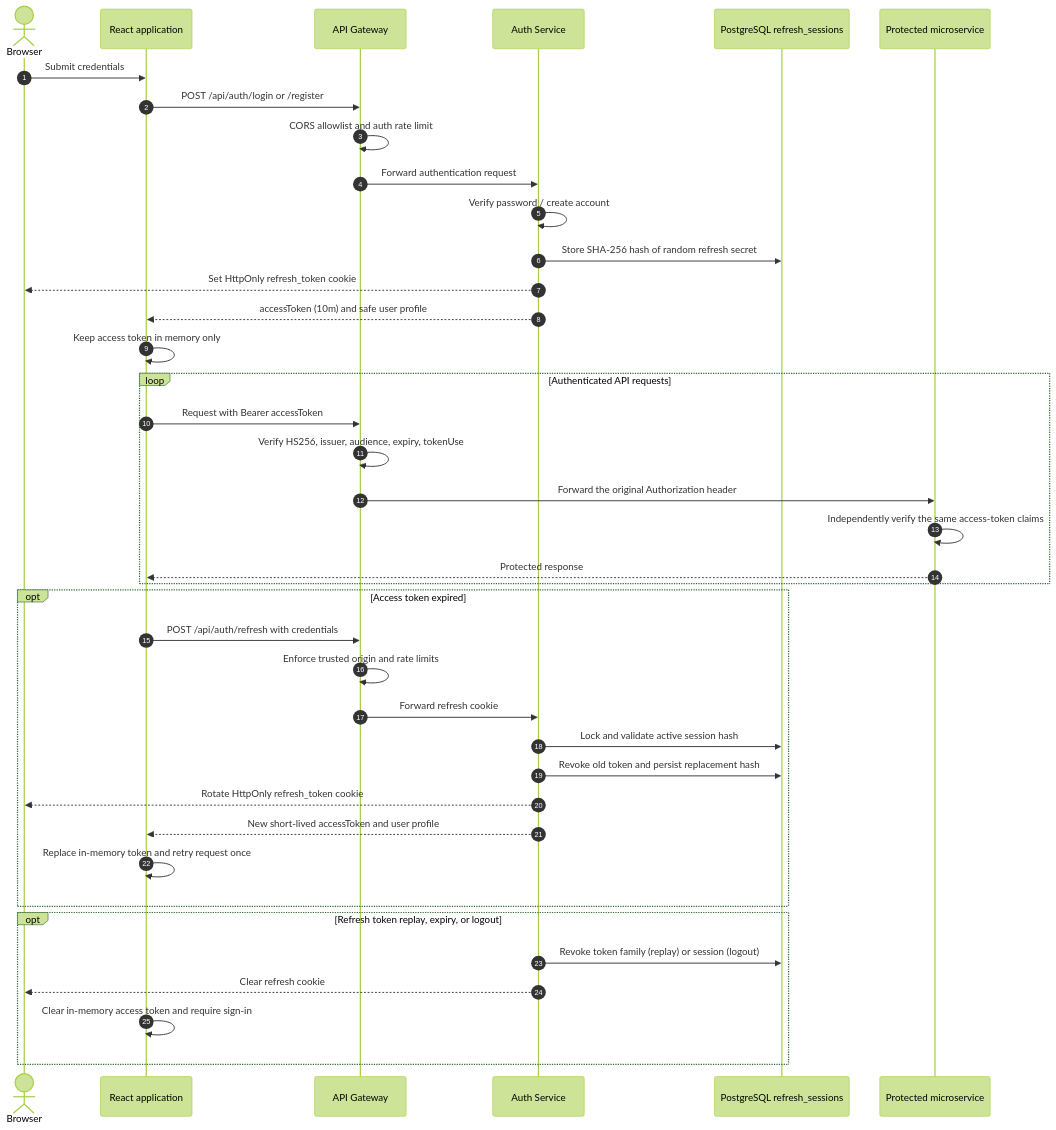
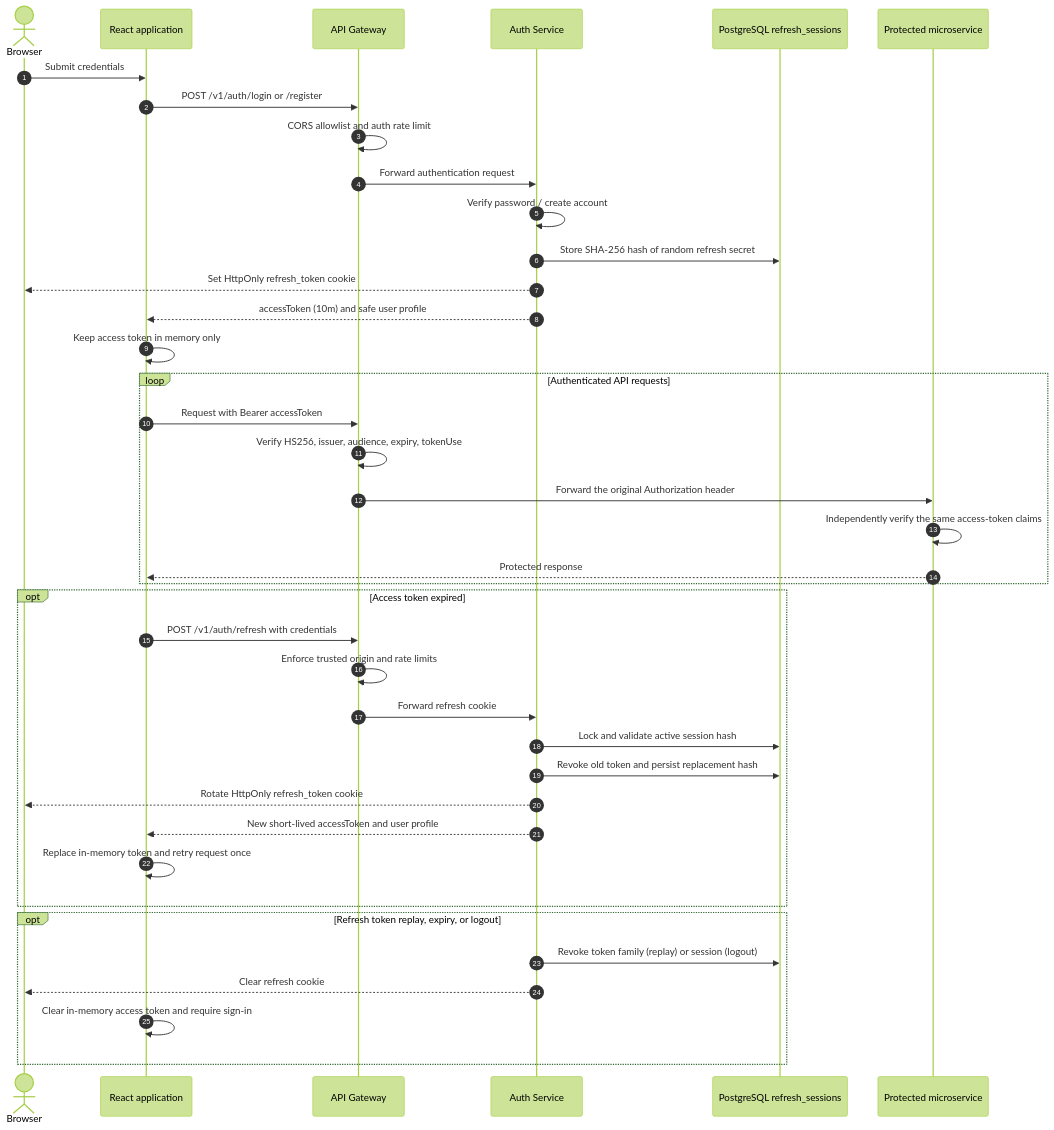
One commit to malayofficialcse-dev/coding_platform changed the diagram in microservice backend/AUTH_TOKEN_FLOW.md. Above: the diagram before and after it, drawn with Mermaid (forest theme). The commit also changed other lines of this file and 20 other files, not shown here.

````diff
--- a/microservice backend/AUTH_TOKEN_FLOW.md
+++ b/microservice backend/AUTH_TOKEN_FLOW.md
@@ -3,45 +3,45 @@
 ```mermaid
 sequenceDiagram
     autonumber
     actor Browser
     participant UI as React application
     participant GW as API Gateway
     participant Auth as Auth Service
     participant DB as PostgreSQL refresh_sessions
     participant API as Protected microservice
 
     Browser->>UI: Submit credentials
-    UI->>GW: POST /api/auth/login or /register
+    UI->>GW: POST /v1/auth/login or /register
     GW->>GW: CORS allowlist and auth rate limit
     GW->>Auth: Forward authentication request
     Auth->>Auth: Verify password / create account
     Auth->>DB: Store SHA-256 hash of random refresh secret
     Auth-->>Browser: Set HttpOnly refresh_token cookie
     Auth-->>UI: accessToken (10m) and safe user profile
     UI->>UI: Keep access token in memory only
 
     loop Authenticated API requests
         UI->>GW: Request with Bearer accessToken
         GW->>GW: Verify HS256, issuer, audience, expiry, tokenUse
         GW->>API: Forward the original Authorization header
         API->>API: Independently verify the same access-token claims
         API-->>UI: Protected response
     end
 
     opt Access token expired
-        UI->>GW: POST /api/auth/refresh with credentials
+        UI->>GW: POST /v1/auth/refresh with credentials
         GW->>GW: Enforce trusted origin and rate limits
         GW->>Auth: Forward refresh cookie
         Auth->>DB: Lock and validate active session hash
         Auth->>DB: Revoke old token and persist replacement hash
         Auth-->>Browser: Rotate HttpOnly refresh_token cookie
         Auth-->>UI: New short-lived accessToken and user profile
         UI->>UI: Replace in-memory token and retry request once
     end
 
     opt Refresh token replay, expiry, or logout
         Auth->>DB: Revoke token family (replay) or session (logout)
         Auth-->>Browser: Clear refresh cookie
         UI->>UI: Clear in-memory access token and require sign-in
     end
 ```
````
